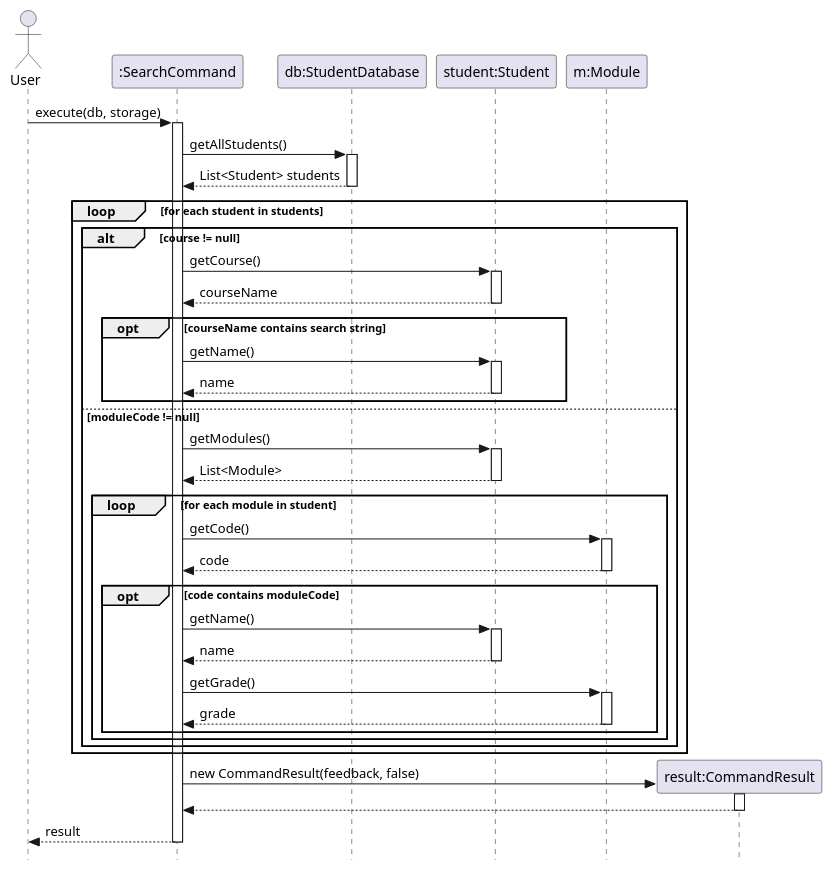
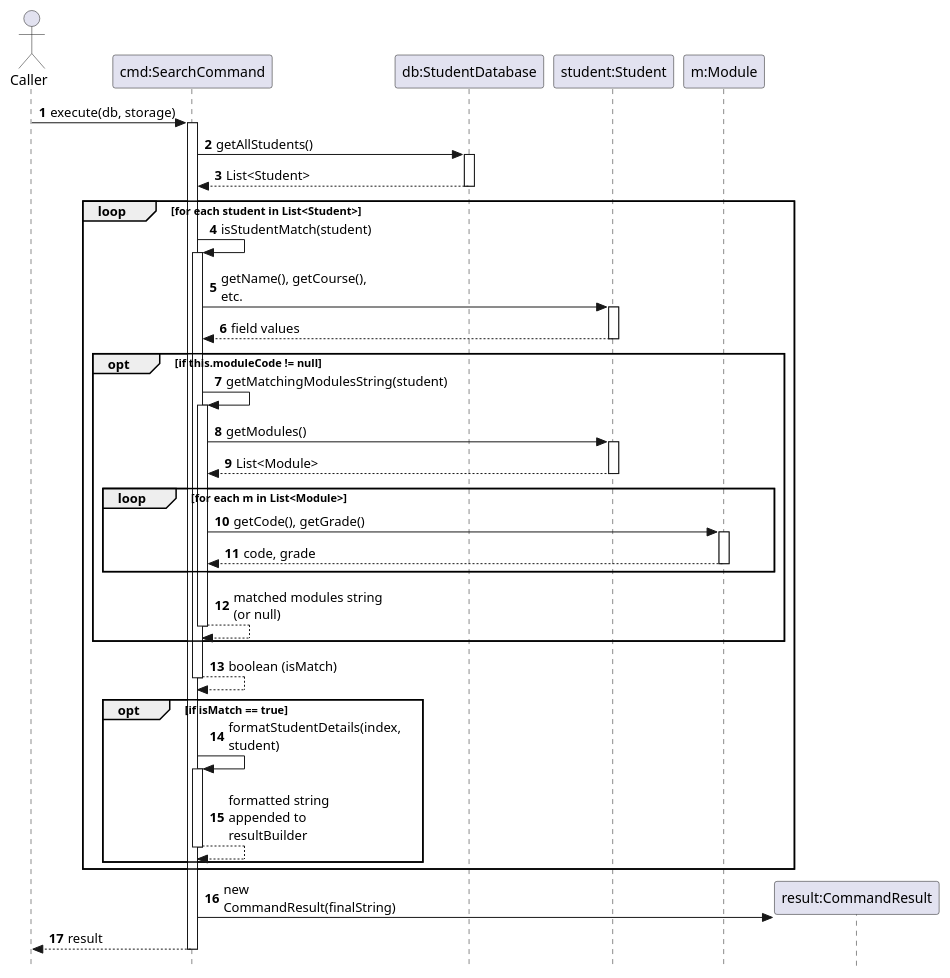
Before and after one commit to AY2526S2-CS2113-T11-4/tp: the diagram in docs/diagrams/SearchCommandSD.puml, drawn with PlantUML. The commit also changed 16 other files, not shown here.

```diff
--- a/docs/diagrams/SearchCommandSD.puml
+++ b/docs/diagrams/SearchCommandSD.puml
@@ -1,68 +1,68 @@
 @startuml
+skinparam maxMessageSize 150
+skinparam style strictuml
+autonumber
 
-skinparam style strictuml
+actor Caller
+participant "cmd:SearchCommand" as SearchCommand
+participant "db:StudentDatabase" as StudentDatabase
+participant "student:Student" as Student
+participant "m:Module" as Module
 
-actor User
-participant ":SearchCommand" as SC
-participant "db:StudentDatabase" as DB
-participant "student:Student" as S
-participant "m:Module" as M
+Caller -> SearchCommand : execute(db, storage)
+activate SearchCommand
 
-User -> SC : execute(db, storage)
-activate SC
+SearchCommand -> StudentDatabase : getAllStudents()
+activate StudentDatabase
+StudentDatabase --> SearchCommand : List<Student>
+deactivate StudentDatabase
 
-SC -> DB : getAllStudents()
-activate DB
-DB --> SC : List<Student> students
-deactivate DB
+loop for each student in List<Student>
+    SearchCommand -> SearchCommand : isStudentMatch(student)
+    activate SearchCommand
 
-loop for each student in students
-    alt course != null
-        SC -> S : getCourse()
-        activate S
-        S --> SC : courseName
-        deactivate S
+    ' Fetch basic attributes for matching
+    SearchCommand -> Student : getName(), getCourse(), etc.
+    activate Student
+    Student --> SearchCommand : field values
+    deactivate Student
 
-        opt courseName contains search string
-            SC -> S : getName()
-            activate S
-            S --> SC : name
-            deactivate S
+    ' Module matching logic (only executed if user searched by moduleCode)
+    opt if this.moduleCode != null
+        SearchCommand -> SearchCommand : getMatchingModulesString(student)
+        activate SearchCommand
+
+        SearchCommand -> Student : getModules()
+        activate Student
+        Student --> SearchCommand : List<Module>
+        deactivate Student
+
+        loop for each m in List<Module>
+            SearchCommand -> Module : getCode(), getGrade()
+            activate Module
+            Module --> SearchCommand : code, grade
+            deactivate Module
         end
 
-    else moduleCode != null
-        SC -> S : getModules()
-        activate S
-        S --> SC : List<Module>
-        deactivate S
+        SearchCommand --> SearchCommand : matched modules string (or null)
+        deactivate SearchCommand
+    end
 
-        loop for each module in student
-            SC -> M : getCode()
-            activate M
-            M --> SC : code
-            deactivate M
+    SearchCommand --> SearchCommand : boolean (isMatch)
+    deactivate SearchCommand
 
-            opt code contains moduleCode
-                SC -> S : getName()
-                activate S
-                S --> SC : name
-                deactivate S
-
-                SC -> M : getGrade()
-                activate M
-                M --> SC : grade
-                deactivate M
-            end
-        end
+    ' Formatting logic (only executed if student is a valid match)
+    opt if isMatch == true
+        SearchCommand -> SearchCommand : formatStudentDetails(index, student)
+        activate SearchCommand
+        SearchCommand --> SearchCommand : formatted string appended to resultBuilder
+        deactivate SearchCommand
     end
 end
 
-create participant "result:CommandResult" as CR
-SC -> CR : new CommandResult(feedback, false)
-activate CR
-CR --> SC
-deactivate CR
+create "result:CommandResult" as CommandResult
+SearchCommand -> CommandResult : new CommandResult(finalString)
 
-SC --> User : result
-deactivate SC
+SearchCommand --> Caller : result
+deactivate SearchCommand
 @enduml
```
